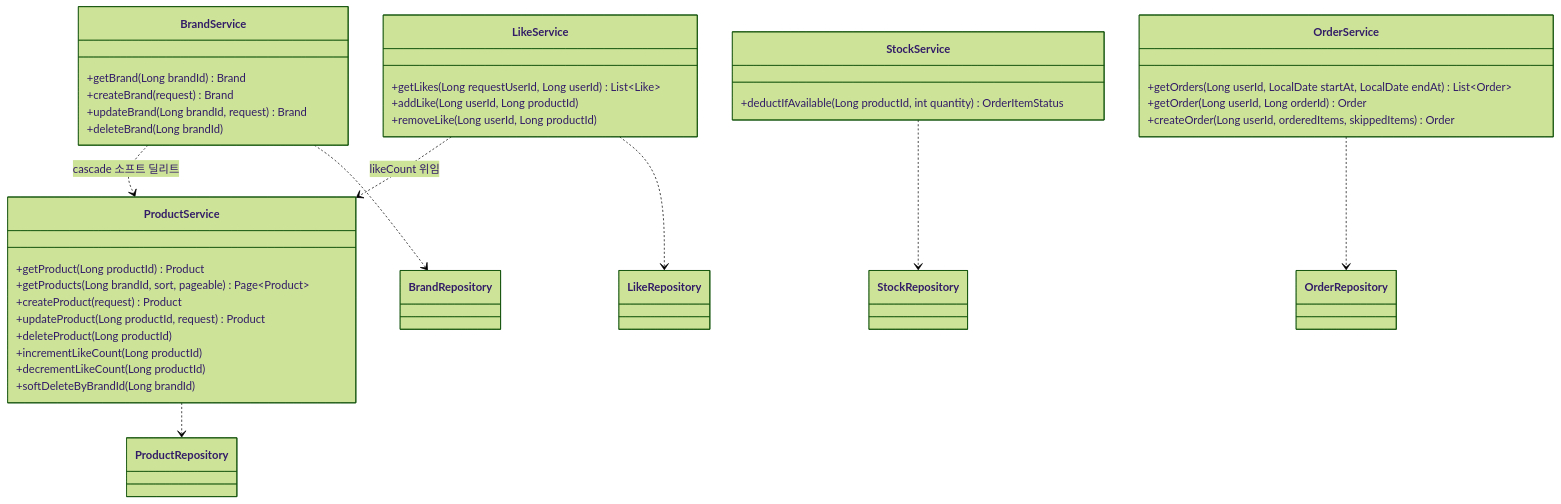
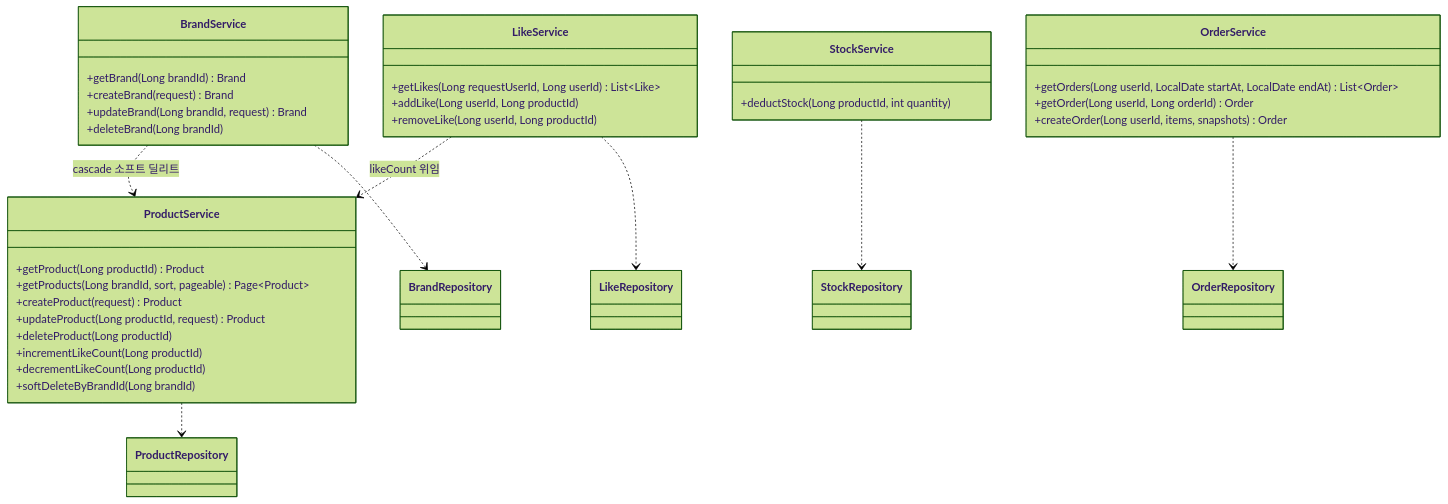
The third of 3 diagrams in docs/week2/03-class-diagram.md (loopers-labs/loop-pack-be-l2-vol4-java), drawn with Mermaid (forest theme) before and after one commit. The commit also changed other lines of this file, not shown here.

Commit message:
docs: 클래스 다이어그램 올-오어-낫싱 정책 반영 (SKIPPED 제거, Stock.deduct 시그니처, StockService 수정)

````diff
--- a/docs/week2/03-class-diagram.md
+++ b/docs/week2/03-class-diagram.md
@@ -212,47 +212,47 @@
 ```mermaid
 classDiagram
     class BrandService {
         +getBrand(Long brandId) Brand
         +createBrand(request) Brand
         +updateBrand(Long brandId, request) Brand
         +deleteBrand(Long brandId)
     }
 
     class ProductService {
         +getProduct(Long productId) Product
         +getProducts(Long brandId, sort, pageable) Page~Product~
         +createProduct(request) Product
         +updateProduct(Long productId, request) Product
         +deleteProduct(Long productId)
         +incrementLikeCount(Long productId)
         +decrementLikeCount(Long productId)
         +softDeleteByBrandId(Long brandId)
     }
 
     class StockService {
-        +deductIfAvailable(Long productId, int quantity) OrderItemStatus
+        +deductStock(Long productId, int quantity)
     }
 
     class LikeService {
         +getLikes(Long requestUserId, Long userId) List~Like~
         +addLike(Long userId, Long productId)
         +removeLike(Long userId, Long productId)
     }
 
     class OrderService {
         +getOrders(Long userId, LocalDate startAt, LocalDate endAt) List~Order~
         +getOrder(Long userId, Long orderId) Order
-        +createOrder(Long userId, orderedItems, skippedItems) Order
+        +createOrder(Long userId, items, snapshots) Order
     }
 
     %% 서비스 간 의존성
     LikeService ..> ProductService : likeCount 위임
     BrandService ..> ProductService : cascade 소프트 딜리트
 
     %% Repository 의존성
     BrandService ..> BrandRepository
     ProductService ..> ProductRepository
     StockService ..> StockRepository
     LikeService ..> LikeRepository
     OrderService ..> OrderRepository
 ```
````
